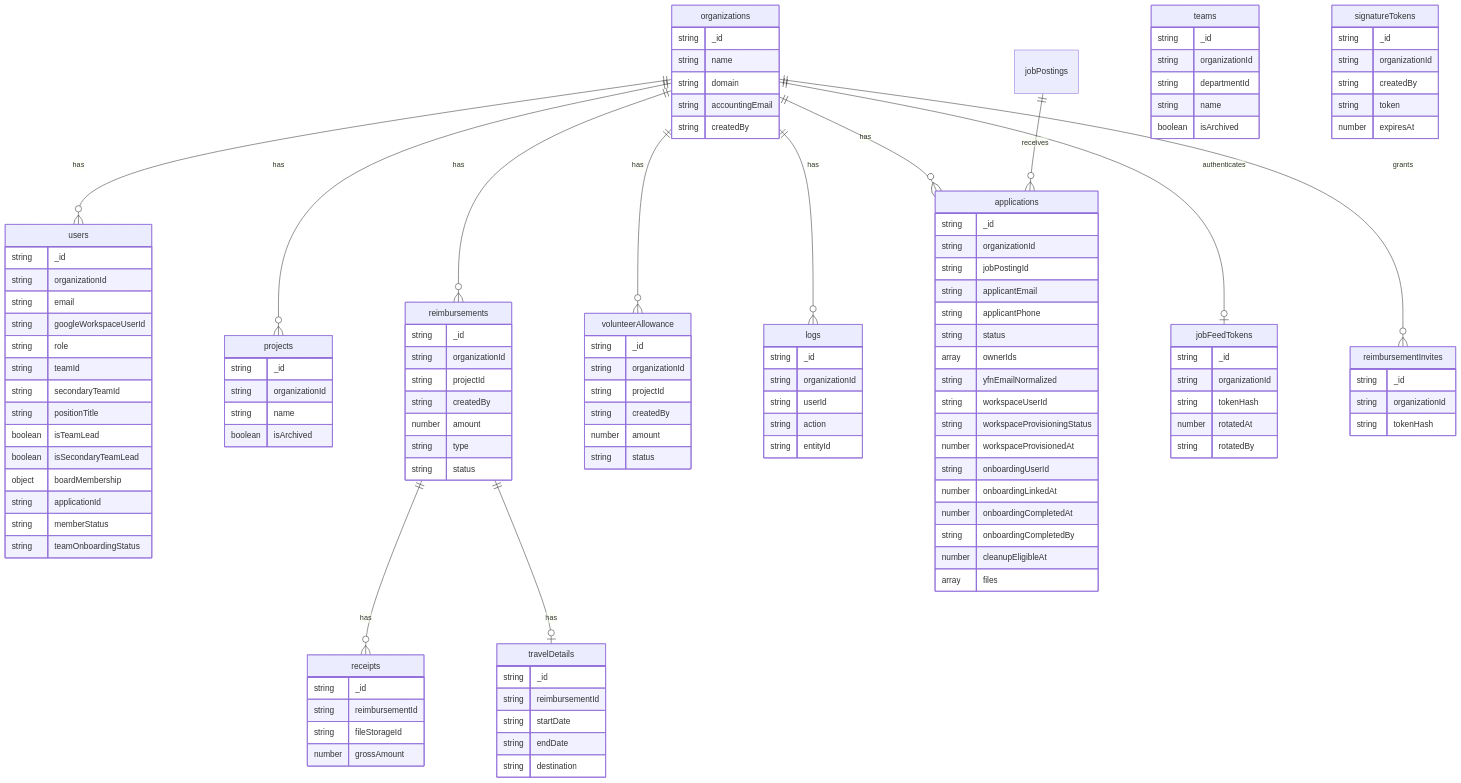
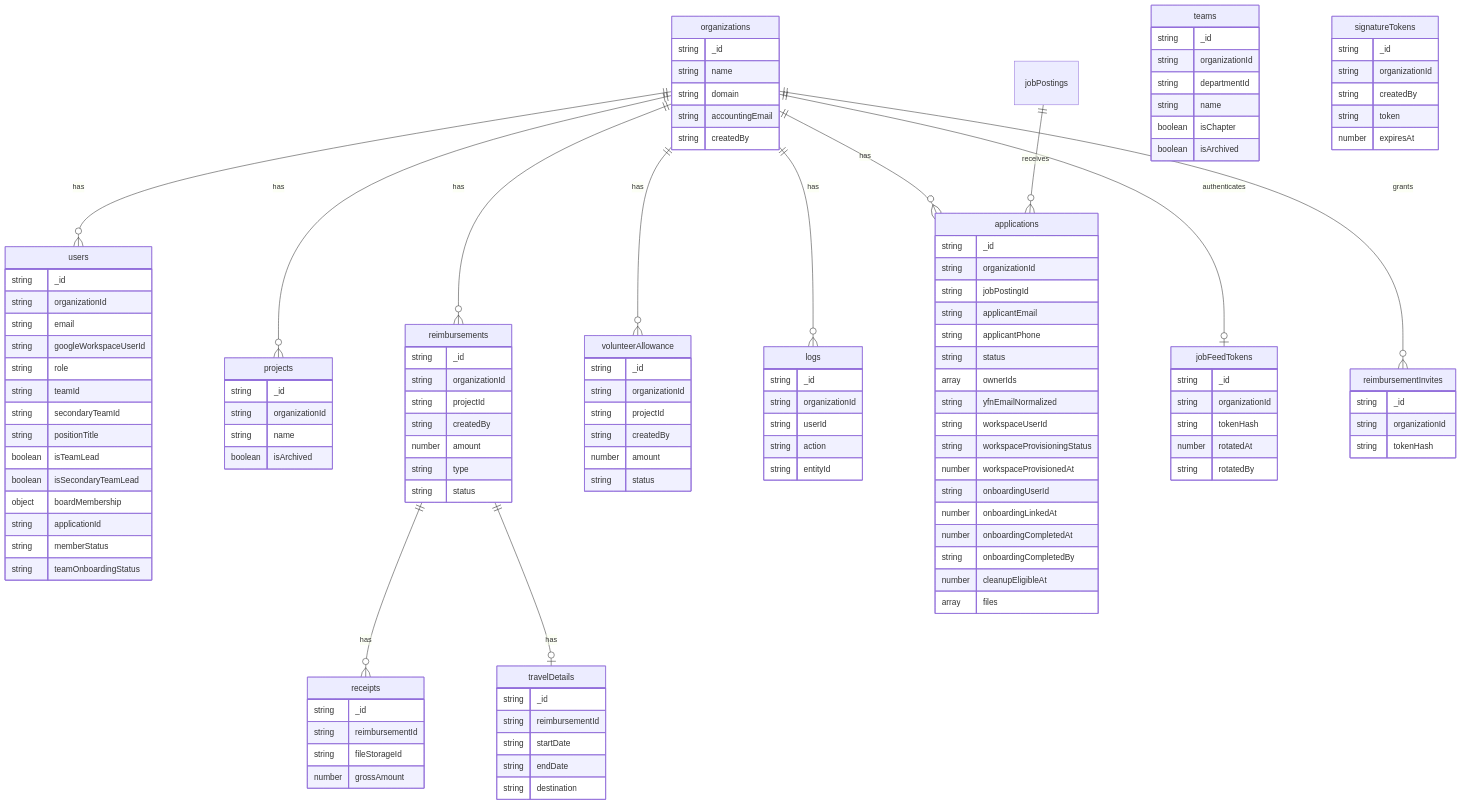
One commit to yfndev/ybase changed the diagram in docs/schema.md. Above: the diagram before and after it, drawn with Mermaid. The commit also changed 21 other files, not shown here.

```diff
--- a/docs/schema.md
+++ b/docs/schema.md
@@ -62,6 +62,7 @@
         string organizationId
         string departmentId
         string name
+        boolean isChapter
         boolean isArchived
     }
 
```
